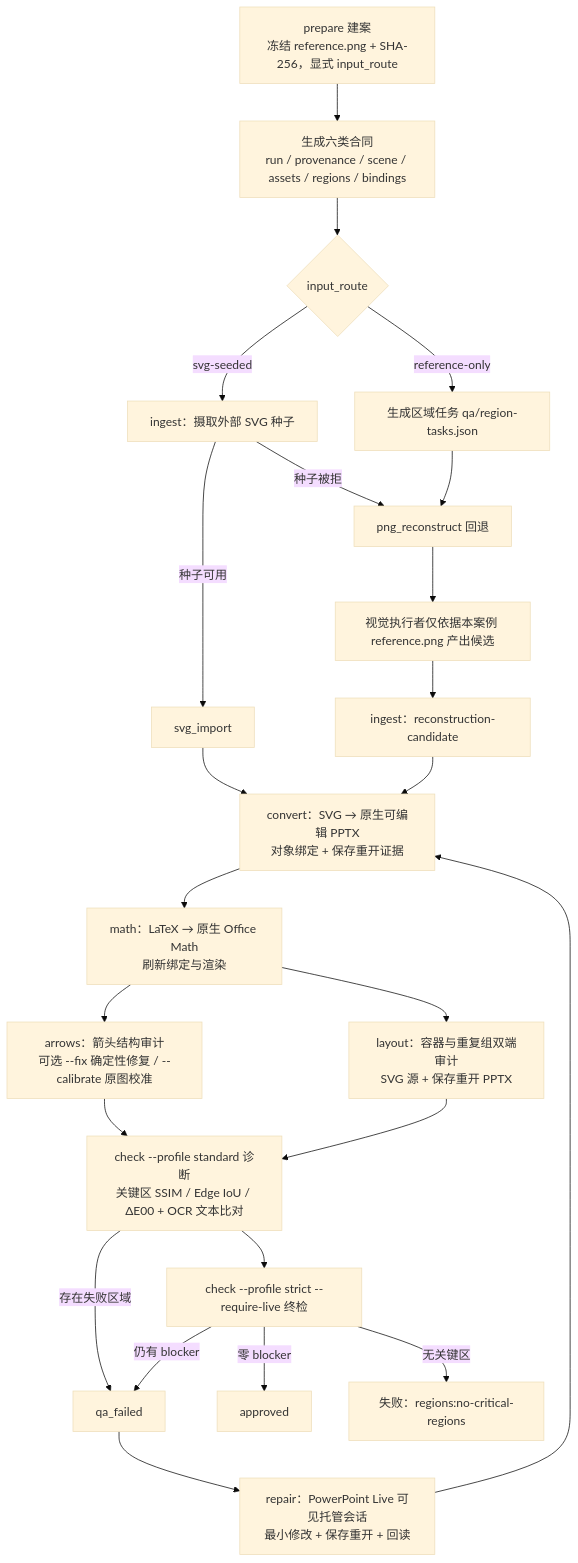
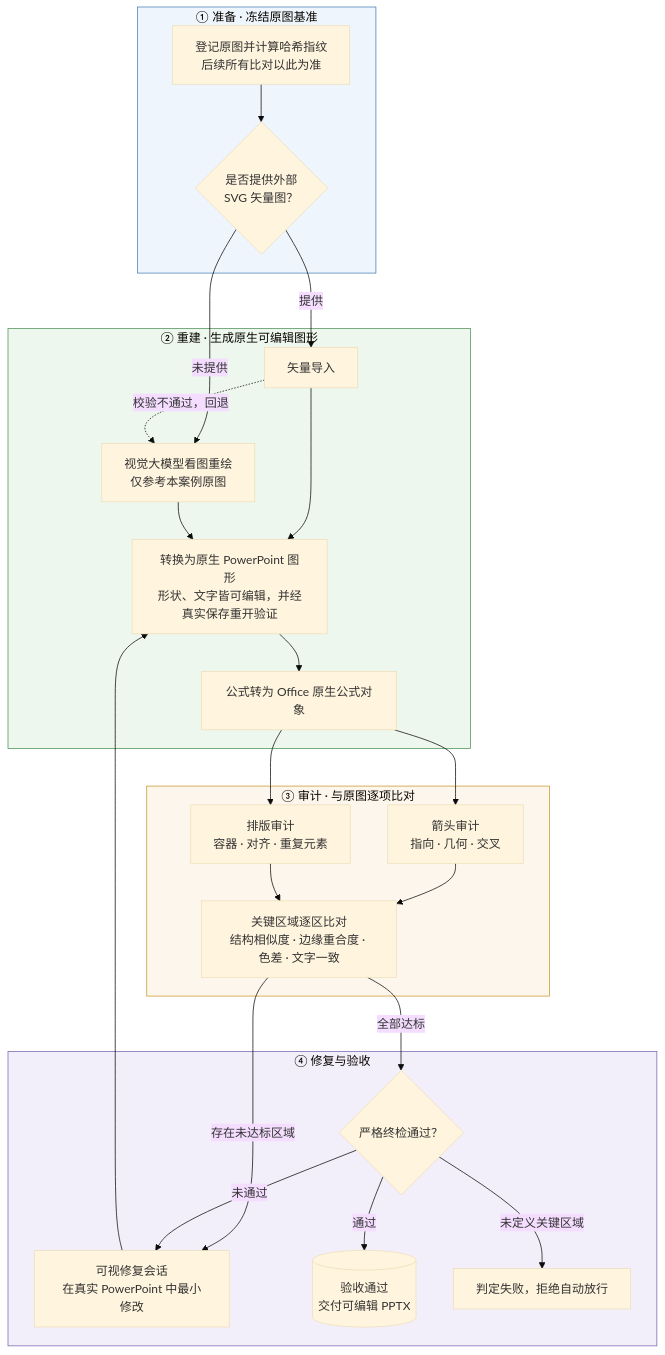
One commit to let778750-cpu/autofigure changed the diagram in PROJECT_ARCHITECTURE.md. Above: the diagram before and after it, drawn with Mermaid (base theme). The commit also changed other lines of this file, not shown here.

Commit message:
docs: 流程图改为四阶段读者视图并附命令对照表

````diff
--- a/PROJECT_ARCHITECTURE.md
+++ b/PROJECT_ARCHITECTURE.md
@@ -21,26 +23,36 @@
 ```mermaid
 flowchart TD
-    A["prepare 建案<br/>冻结 reference.png + SHA-256，显式 input_route"] --> B["生成六类合同<br/>run / provenance / scene / assets / regions / bindings"]
-    B --> C{"input_route"}
-    C -->|"svg-seeded"| D["ingest：摄取外部 SVG 种子"]
-    C -->|"reference-only"| E["生成区域任务 qa/region-tasks.json"]
-    D -->|"种子可用"| F["svg_import"]
-    D -->|"种子被拒"| G["png_reconstruct 回退"]
-    E --> G
-    G --> H["视觉执行者仅依据本案例 reference.png 产出候选"]
-    H --> I["ingest：reconstruction-candidate"]
-    F --> J["convert：SVG → 原生可编辑 PPTX<br/>对象绑定 + 保存重开证据"]
-    I --> J
-    J --> K["math：LaTeX → 原生 Office Math<br/>刷新绑定与渲染"]
-    K --> L["arrows：箭头结构审计<br/>可选 --fix 确定性修复 / --calibrate 原图校准"]
-    K --> M["layout：容器与重复组双端审计<br/>SVG 源 + 保存重开 PPTX"]
-    L --> N["check --profile standard 诊断<br/>关键区 SSIM / Edge IoU / ΔE00 + OCR 文本比对"]
-    M --> N
-    N -->|"存在失败区域"| O["qa_failed"]
-    O --> P["repair：PowerPoint Live 可见托管会话<br/>最小修改 + 保存重开 + 回读"]
-    P --> J
-    N --> Q["check --profile strict --require-live 终检"]
-    Q -->|"零 blocker"| R["approved"]
-    Q -->|"仍有 blocker"| O
-    Q -->|"无关键区"| S["失败：regions:no-critical-regions"]
+    subgraph SG1["① 准备 · 冻结原图基准"]
+        A["登记原图并计算哈希指纹<br/>后续所有比对以此为准"] --> B{"是否提供外部<br/>SVG 矢量图？"}
+    end
+
+    subgraph SG2["② 重建 · 生成原生可编辑图形"]
+        B -->|"提供"| C["矢量导入"]
+        B -->|"未提供"| D["视觉大模型看图重绘<br/>仅参考本案例原图"]
+        C -.->|"校验不通过，回退"| D
+        C --> E["转换为原生 PowerPoint 图形<br/>形状、文字皆可编辑，并经真实保存重开验证"]
+        D --> E
+        E --> F["公式转为 Office 原生公式对象"]
+    end
+
+    subgraph SG3["③ 审计 · 与原图逐项比对"]
+        F --> G["箭头审计<br/>指向 · 几何 · 交叉"]
+        F --> H["排版审计<br/>容器 · 对齐 · 重复元素"]
+        G --> I["关键区域逐区比对<br/>结构相似度 · 边缘重合度 · 色差 · 文字一致"]
+        H --> I
+    end
+
+    subgraph SG4["④ 修复与验收"]
+        I -->|"存在未达标区域"| J["可视修复会话<br/>在真实 PowerPoint 中最小修改"]
+        J --> E
+        I -->|"全部达标"| K{"严格终检通过？"}
+        K -->|"通过"| L[("验收通过<br/>交付可编辑 PPTX")]
+        K -->|"未通过"| J
+        K -->|"未定义关键区域"| M["判定失败，拒绝自动放行"]
+    end
+
+    style SG1 fill:#EEF5FC,stroke:#4A7FB5
+    style SG2 fill:#EDF7EE,stroke:#4E9457
+    style SG3 fill:#FDF6EC,stroke:#C9962E
+    style SG4 fill:#F3EFFA,stroke:#7A66B0
 ```
````
